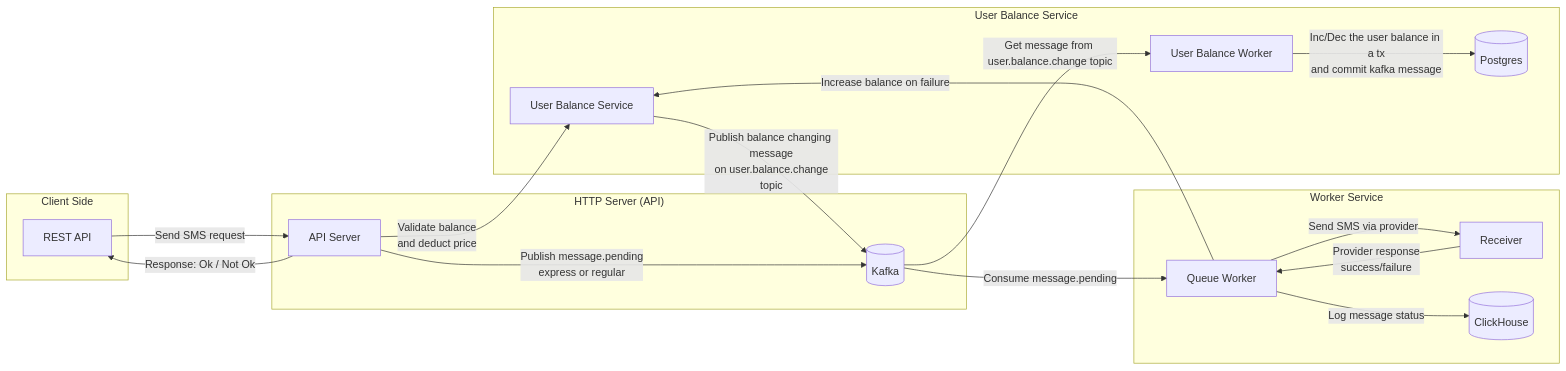
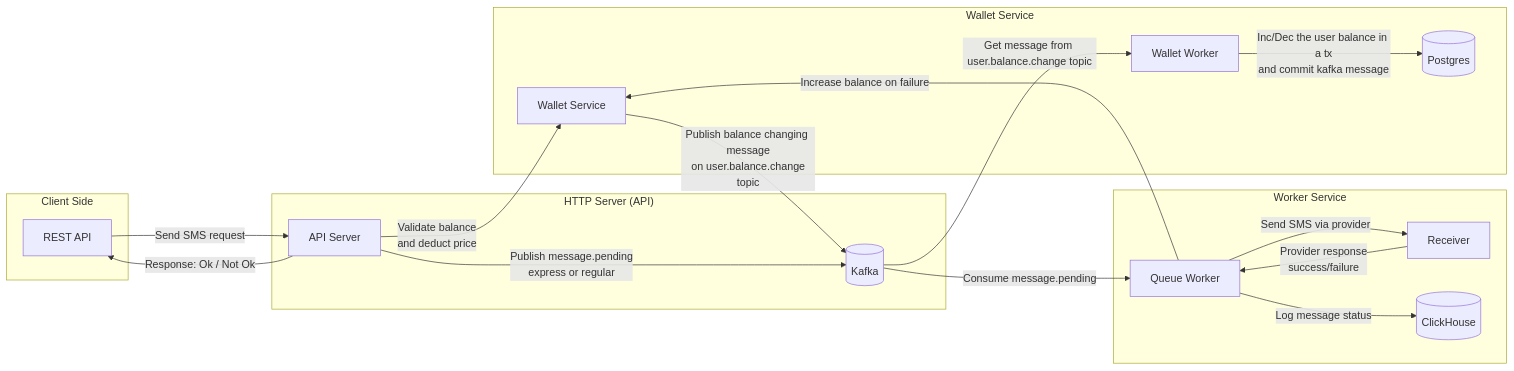
One commit to kadsin/sms-gateway changed the first of 4 diagrams in docs/architecture.md. Above: the diagram before and after it, drawn with Mermaid. The commit also changed other lines of this file and 19 other files, not shown here.

Commit message:
refactor: Use `wallet` name instead of `user balance`

````diff
--- a/docs/architecture.md
+++ b/docs/architecture.md
@@ -5,40 +5,40 @@
 ```mermaid
 flowchart LR
     subgraph Client_Side["Client Side"]
         c[REST API]
     end
 
     subgraph Server_Side["HTTP Server (API)"]
         hs[API Server]
         mb[(Kafka)]
     end
 
     subgraph Worker_Side["Worker Service"]
         w[Queue Worker]
         r[Receiver]
         cdb[(ClickHouse)]
     end
 
-    subgraph User_Balance_Side["User Balance Service"]
+    subgraph User_Balance_Side["Wallet Service"]
         pdb[(Postgres)]
-        ubw[User Balance Worker]
-        ubs[User Balance Service]
+        ubw[Wallet Worker]
+        ubs[Wallet Service]
     end
 
     c -->|Send SMS request| hs
     hs -->|Validate balance<br/>and deduct price| ubs
     hs -->|Publish message.pending<br/>express or regular| mb
     hs -->|Response: Ok / Not Ok| c
 
     mb -->|Consume message.pending| w
 
     w -->|Send SMS via provider| r
     r -->|Provider response<br/>success/failure| w
 
     w -->|Log message status| cdb
     w -->|Increase balance on failure| ubs
 
     ubs -->|Publish balance changing message<br/> on user.balance.change topic| mb
     mb -->|Get message from user.balance.change topic| ubw
     ubw -->|Inc/Dec the user balance in a tx<br/>and commit kafka message| pdb
 ```
````
